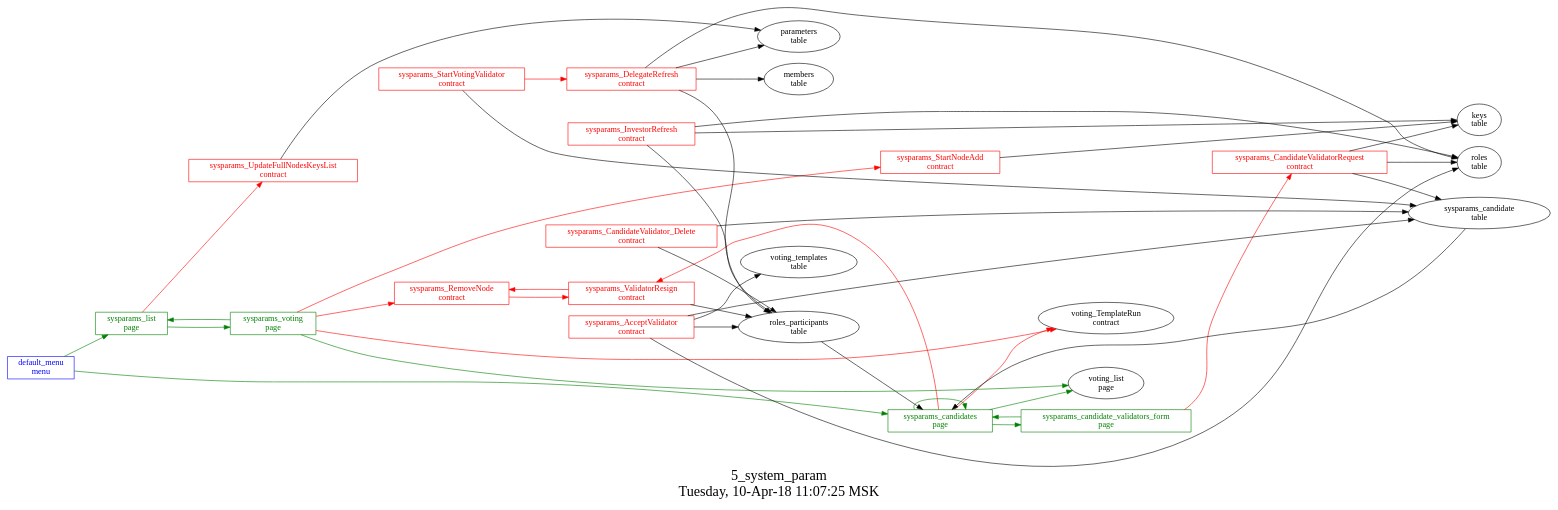
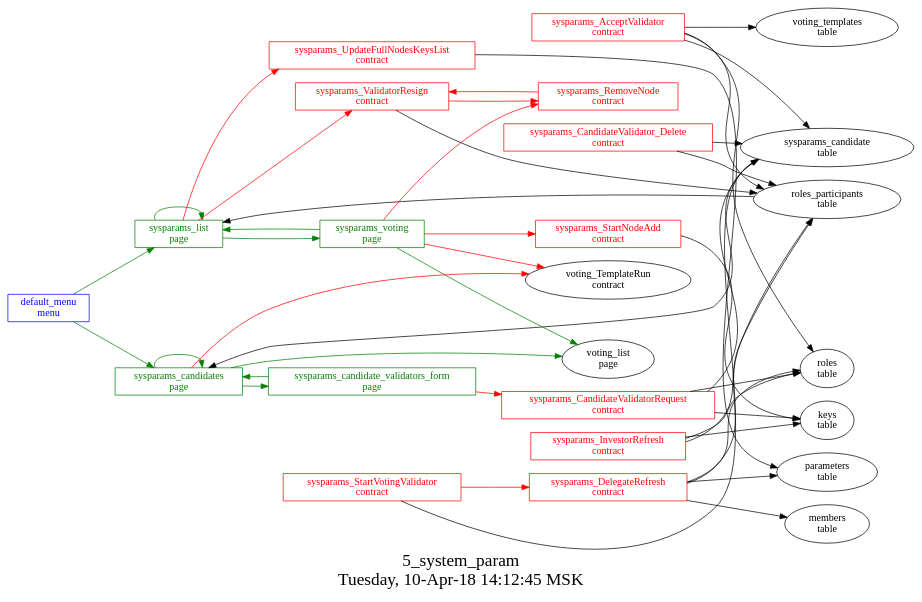
One commit to AplaProject/apps changed the diagram in src/basic/basic_main/5_system_params/struct.dot. Above: the diagram before and after it, drawn with Graphviz. The commit also changed 3 other files, not shown here.

Commit message:
moved validator alert to sysparams_list

```diff
--- a/src/basic/basic_main/5_system_params/struct.dot
+++ b/src/basic/basic_main/5_system_params/struct.dot
@@ -1,67 +1,68 @@
 digraph G {
 graph [
   fontsize="24";
-  label="5_system_param\nTuesday, 10-Apr-18 11:07:25 MSK";
+  label="5_system_param\nTuesday, 10-Apr-18 14:12:45 MSK";
   nojustify=true;
   ordering=out;
   rankdir=LR;
   size="30";
 ];
 "default_menu\nmenu" -> "sysparams_list\npage"  [ color=green ]
 "default_menu\nmenu" -> "sysparams_candidates\npage"  [ color=green ]
 "default_menu\nmenu" [color=blue, fontcolor=blue, group=menus, shape=record];
 "sysparams_candidate_validators_form\npage" -> "sysparams_CandidateValidatorRequest\ncontract"  [ color=red ]
 "sysparams_candidate_validators_form\npage" -> "sysparams_candidates\npage"  [ color=green ]
 "sysparams_candidate_validators_form\npage" [color=green, fontcolor=green, group=pages, shape=record];
 "sysparams_candidates\npage" -> "voting_TemplateRun\ncontract"  [ color=red ]
-"sysparams_candidates\npage" -> "sysparams_ValidatorResign\ncontract"  [ color=red ]
 "sysparams_candidate\ntable" -> "sysparams_candidates\npage"  [ color="" ]
-"roles_participants\ntable" -> "sysparams_candidates\npage"  [ color="" ]
 "sysparams_candidates\npage" -> "voting_list\npage"  [ color=green ]
 "sysparams_candidates\npage" -> "sysparams_candidates\npage"  [ color=green ]
 "sysparams_candidates\npage" -> "sysparams_candidate_validators_form\npage"  [ color=green ]
 "sysparams_candidates\npage" [color=green, fontcolor=green, group=pages, shape=record];
 "sysparams_list\npage" -> "sysparams_UpdateFullNodesKeysList\ncontract"  [ color=red ]
+"sysparams_list\npage" -> "sysparams_ValidatorResign\ncontract"  [ color=red ]
+"roles_participants\ntable" -> "sysparams_list\npage"  [ color="" ]
 "sysparams_list\npage" -> "sysparams_voting\npage"  [ color=green ]
+"sysparams_list\npage" -> "sysparams_list\npage"  [ color=green ]
 "sysparams_list\npage" [color=green, fontcolor=green, group=pages, shape=record];
 "sysparams_voting\npage" -> "sysparams_StartNodeAdd\ncontract"  [ color=red ]
 "sysparams_voting\npage" -> "sysparams_RemoveNode\ncontract"  [ color=red ]
 "sysparams_voting\npage" -> "voting_TemplateRun\ncontract"  [ color=red ]
 "sysparams_voting\npage" -> "sysparams_list\npage"  [ color=green ]
 "sysparams_voting\npage" -> "voting_list\npage"  [ color=green ]
 "sysparams_voting\npage" [color=green, fontcolor=green, group=pages, shape=record];
 "sysparams_AcceptValidator\ncontract" -> "voting_templates\ntable"  [ color="" ]
 "sysparams_AcceptValidator\ncontract" -> "sysparams_candidate\ntable"  [ color="" ]
 "sysparams_AcceptValidator\ncontract" -> "roles_participants\ntable"  [ color="" ]
 "sysparams_AcceptValidator\ncontract" -> "roles\ntable"  [ color="" ]
 "sysparams_AcceptValidator\ncontract" [color=red, fontcolor=red, group=contracts, shape=record];
 "sysparams_CandidateValidatorRequest\ncontract" -> "keys\ntable"  [ color="" ]
 "sysparams_CandidateValidatorRequest\ncontract" -> "roles\ntable"  [ color="" ]
 "sysparams_CandidateValidatorRequest\ncontract" -> "sysparams_candidate\ntable"  [ color="" ]
 "sysparams_CandidateValidatorRequest\ncontract" [color=red, fontcolor=red, group=contracts, shape=record];
 "sysparams_CandidateValidator_Delete\ncontract" -> "sysparams_candidate\ntable"  [ color="" ]
 "sysparams_CandidateValidator_Delete\ncontract" -> "roles_participants\ntable"  [ color="" ]
 "sysparams_CandidateValidator_Delete\ncontract" [color=red, fontcolor=red, group=contracts, shape=record];
 "sysparams_DelegateRefresh\ncontract" -> "roles\ntable"  [ color="" ]
 "sysparams_DelegateRefresh\ncontract" -> "parameters\ntable"  [ color="" ]
 "sysparams_DelegateRefresh\ncontract" -> "roles_participants\ntable"  [ color="" ]
 "sysparams_DelegateRefresh\ncontract" -> "members\ntable"  [ color="" ]
 "sysparams_DelegateRefresh\ncontract" [color=red, fontcolor=red, group=contracts, shape=record];
 "sysparams_InvestorRefresh\ncontract" -> "roles\ntable"  [ color="" ]
 "sysparams_InvestorRefresh\ncontract" -> "keys\ntable"  [ color="" ]
 "sysparams_InvestorRefresh\ncontract" -> "roles_participants\ntable"  [ color="" ]
 "sysparams_InvestorRefresh\ncontract" [color=red, fontcolor=red, group=contracts, shape=record];
 "sysparams_RemoveNode\ncontract" -> "sysparams_ValidatorResign\ncontract"  [ color=red ]
 "sysparams_RemoveNode\ncontract" [color=red, fontcolor=red, group=contracts, shape=record];
 "sysparams_StartNodeAdd\ncontract" -> "keys\ntable"  [ color="" ]
 "sysparams_StartNodeAdd\ncontract" [color=red, fontcolor=red, group=contracts, shape=record];
 "sysparams_StartVotingValidator\ncontract" -> "sysparams_DelegateRefresh\ncontract"  [ color=red ]
 "sysparams_StartVotingValidator\ncontract" -> "sysparams_candidate\ntable"  [ color="" ]
 "sysparams_StartVotingValidator\ncontract" [color=red, fontcolor=red, group=contracts, shape=record];
 "sysparams_UpdateFullNodesKeysList\ncontract" -> "parameters\ntable"  [ color="" ]
 "sysparams_UpdateFullNodesKeysList\ncontract" [color=red, fontcolor=red, group=contracts, shape=record];
 "sysparams_ValidatorResign\ncontract" -> "sysparams_RemoveNode\ncontract"  [ color=red ]
 "sysparams_ValidatorResign\ncontract" -> "roles_participants\ntable"  [ color="" ]
 "sysparams_ValidatorResign\ncontract" [color=red, fontcolor=red, group=contracts, shape=record];
 "sysparams_candidate\ntable" [color="", fontcolor="", group=tables, shape=""];
 }
```
